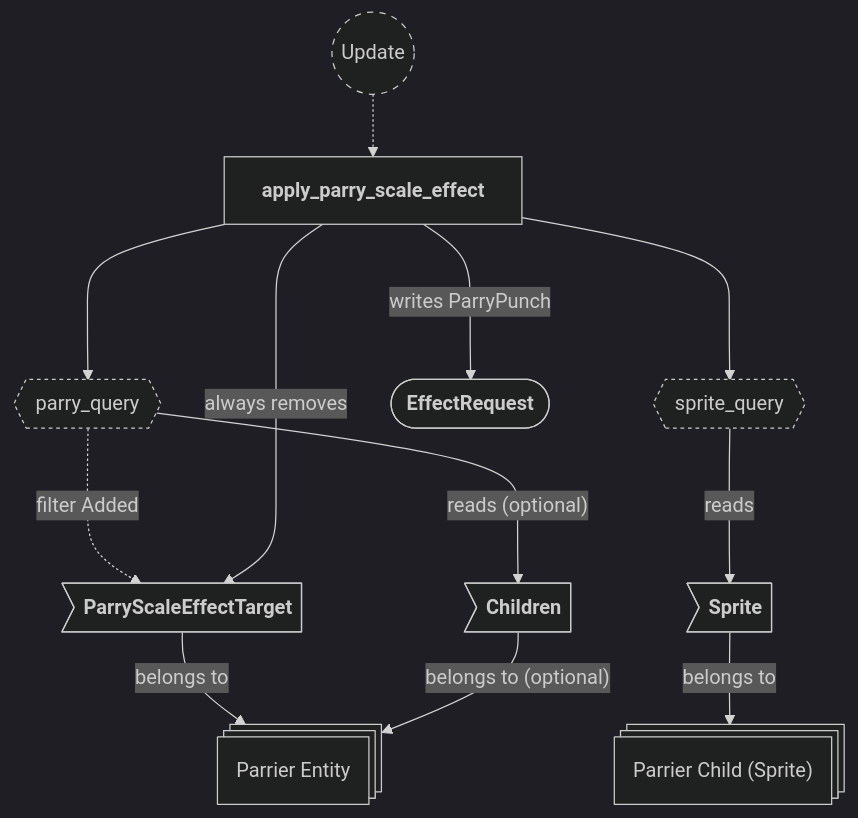
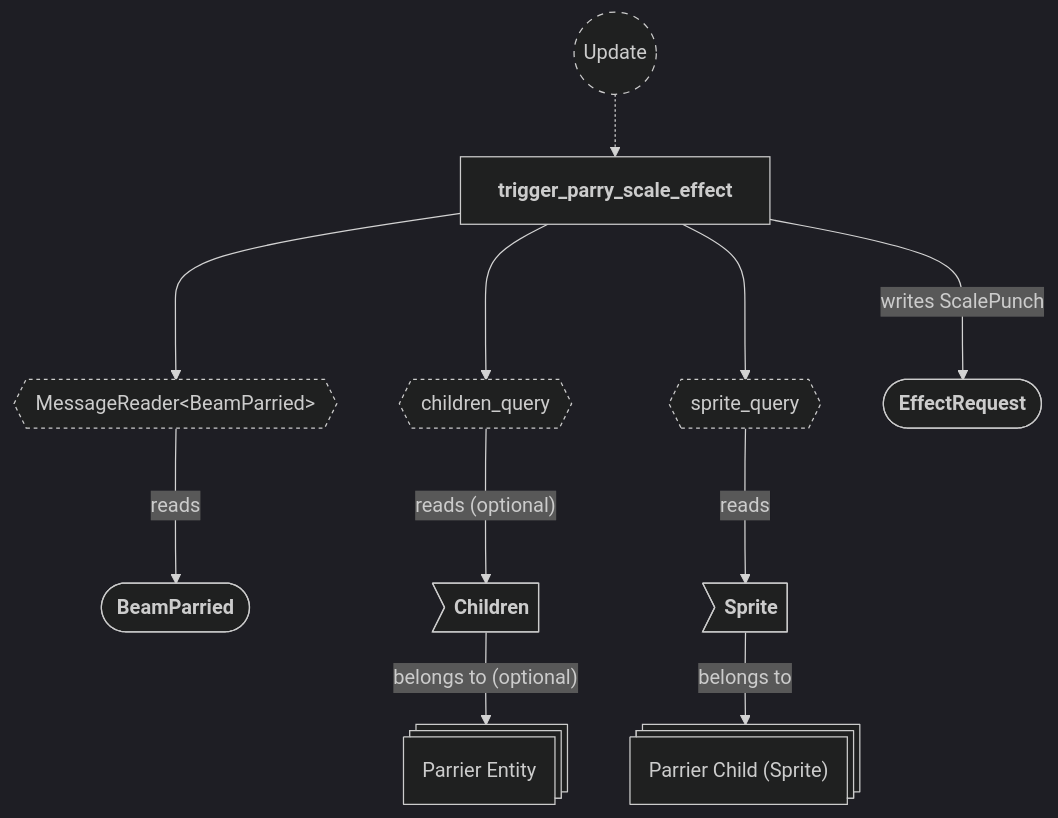
Diagram 19 of 24 in backlog/docs/doc-10 - 008-Effects-plugin.md (neurosoup/tyled), drawn with Mermaid before and after one commit. The commit also changed other lines of this file and 9 other files, not shown here.

````diff
--- a/backlog/docs/doc-10 - 008-Effects-plugin.md
+++ b/backlog/docs/doc-10 - 008-Effects-plugin.md
@@ -883,35 +837,39 @@
 ```mermaid
 ---
 config:
   theme: dark
 ---
 
 flowchart TD
 classDef system-group stroke-dasharray: 5 5
+classDef reader stroke-dasharray: 3 3
 classDef query stroke-dasharray: 3 3
 
 update(("`Update`")):::system-group
-apply_parry_scale_effect["`**apply_parry_scale_effect**`"]
+trigger_parry_scale_effect["`**trigger_parry_scale_effect**`"]
 
-update -.-> apply_parry_scale_effect
+update -.-> trigger_parry_scale_effect
 
-parry_query{{"`parry_query`"}}:::query
+message_reader{{"MessageReader#60;BeamParried#62;"}}:::reader
+trigger_parry_scale_effect ---> message_reader
+
+beam_parried_message(["`**BeamParried**`"])
+
+message_reader ---> |reads| beam_parried_message
+
+children_query{{"`children_query`"}}:::query
 sprite_query{{"`sprite_query`"}}:::query
-apply_parry_scale_effect ---> parry_query
-apply_parry_scale_effect ---> sprite_query
+trigger_parry_scale_effect ---> children_query
+trigger_parry_scale_effect ---> sprite_query
 
 parrier_entity@{ shape: st-rect, label: "Parrier Entity" }
-pe_target>"`**ParryScaleEffectTarget**`"] --> |belongs to| parrier_entity
 pe_children>"`**Children**`"] --> |"belongs to (optional)"| parrier_entity
-
-parry_query -..-> |filter Added| pe_target
-parry_query ---> |"reads (optional)"| pe_children
-apply_parry_scale_effect ---> |always removes| pe_target
+children_query ---> |"reads (optional)"| pe_children
 
 sprite_entity@{ shape: st-rect, label: "Parrier Child (Sprite)" }
 se_sprite>"`**Sprite**`"] --> |belongs to| sprite_entity
 sprite_query ---> |reads| se_sprite
 
 effect_request(["`**EffectRequest**`"])
-apply_parry_scale_effect ---> |writes ParryPunch| effect_request
+trigger_parry_scale_effect ---> |writes ScalePunch| effect_request
 ```
````
